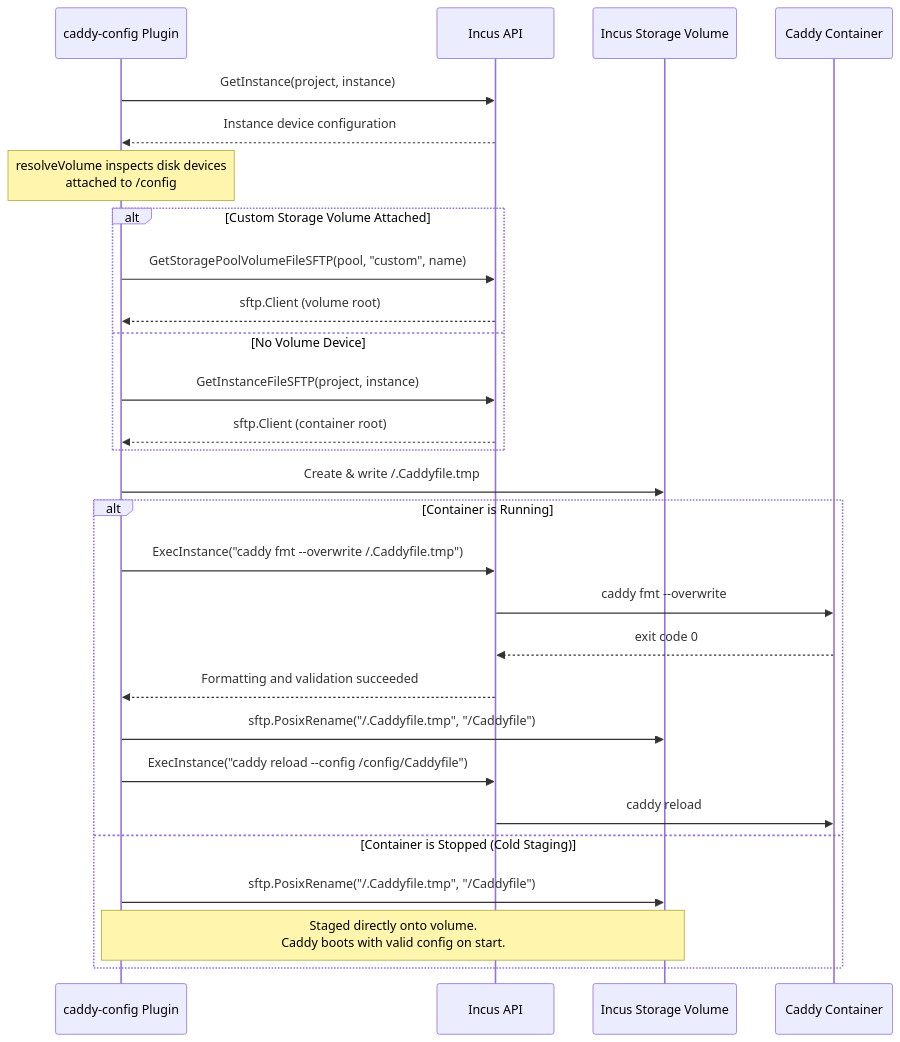
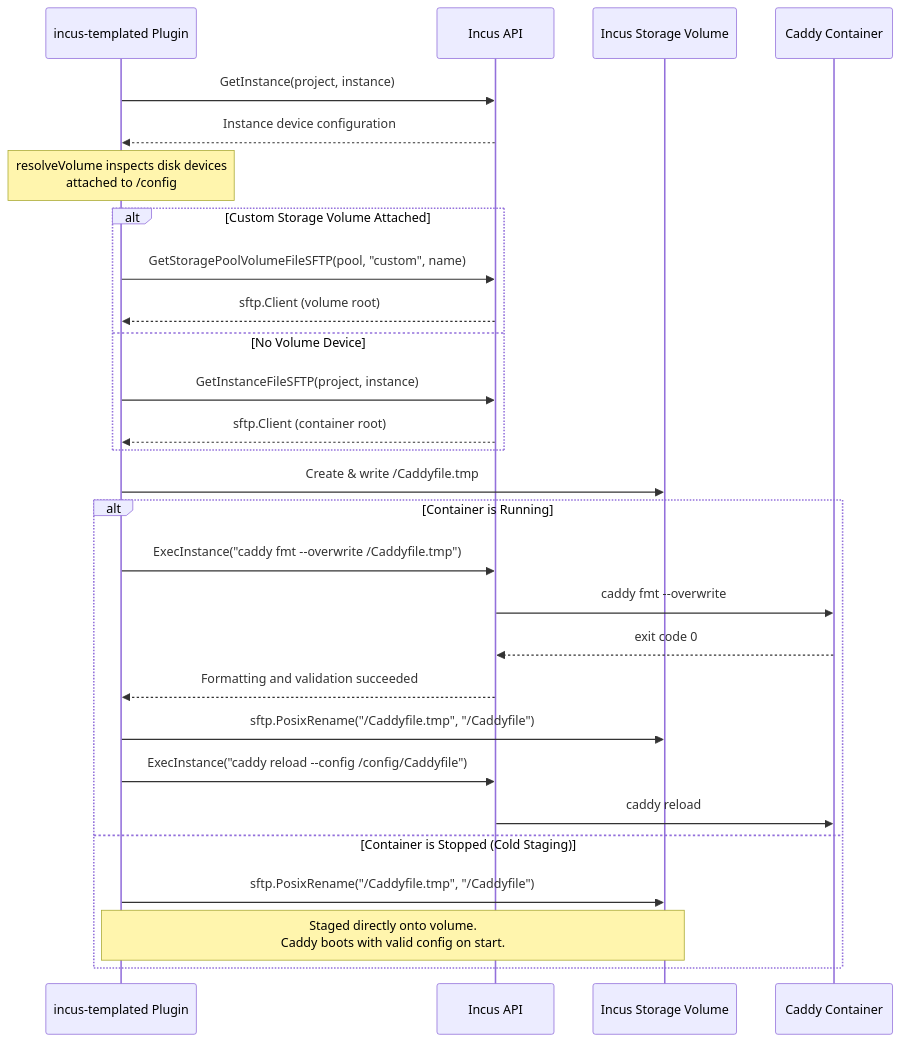
One commit to jochumdev/incus-caddy-config changed the second of 3 diagrams in docs/root/architecture.md. Above: the diagram before and after it, drawn with Mermaid. The commit also changed other lines of this file and 8 other files, not shown here.

````diff
--- a/docs/root/architecture.md
+++ b/docs/root/architecture.md
@@ -67,34 +67,34 @@
 ```mermaid
 sequenceDiagram
-    participant P as caddy-config Plugin
+    participant P as incus-templated Plugin
     participant API as Incus API
     participant Vol as Incus Storage Volume
     participant C as Caddy Container
 
     P->>API: GetInstance(project, instance)
     API-->>P: Instance device configuration
     Note over P: resolveVolume inspects disk devices<br/>attached to /config
 
     alt Custom Storage Volume Attached
         P->>API: GetStoragePoolVolumeFileSFTP(pool, "custom", name)
         API-->>P: sftp.Client (volume root)
     else No Volume Device
         P->>API: GetInstanceFileSFTP(project, instance)
         API-->>P: sftp.Client (container root)
     end
 
-    P->>Vol: Create & write /.Caddyfile.tmp
+    P->>Vol: Create & write /Caddyfile.tmp
     
     alt Container is Running
-        P->>API: ExecInstance("caddy fmt --overwrite /.Caddyfile.tmp")
+        P->>API: ExecInstance("caddy fmt --overwrite /Caddyfile.tmp")
         API->>C: caddy fmt --overwrite
         C-->>API: exit code 0
         API-->>P: Formatting and validation succeeded
-        P->>Vol: sftp.PosixRename("/.Caddyfile.tmp", "/Caddyfile")
+        P->>Vol: sftp.PosixRename("/Caddyfile.tmp", "/Caddyfile")
         P->>API: ExecInstance("caddy reload --config /config/Caddyfile")
         API->>C: caddy reload
     else Container is Stopped (Cold Staging)
-        P->>Vol: sftp.PosixRename("/.Caddyfile.tmp", "/Caddyfile")
+        P->>Vol: sftp.PosixRename("/Caddyfile.tmp", "/Caddyfile")
         Note over P,Vol: Staged directly onto volume.<br/>Caddy boots with valid config on start.
     end
 ```
````
